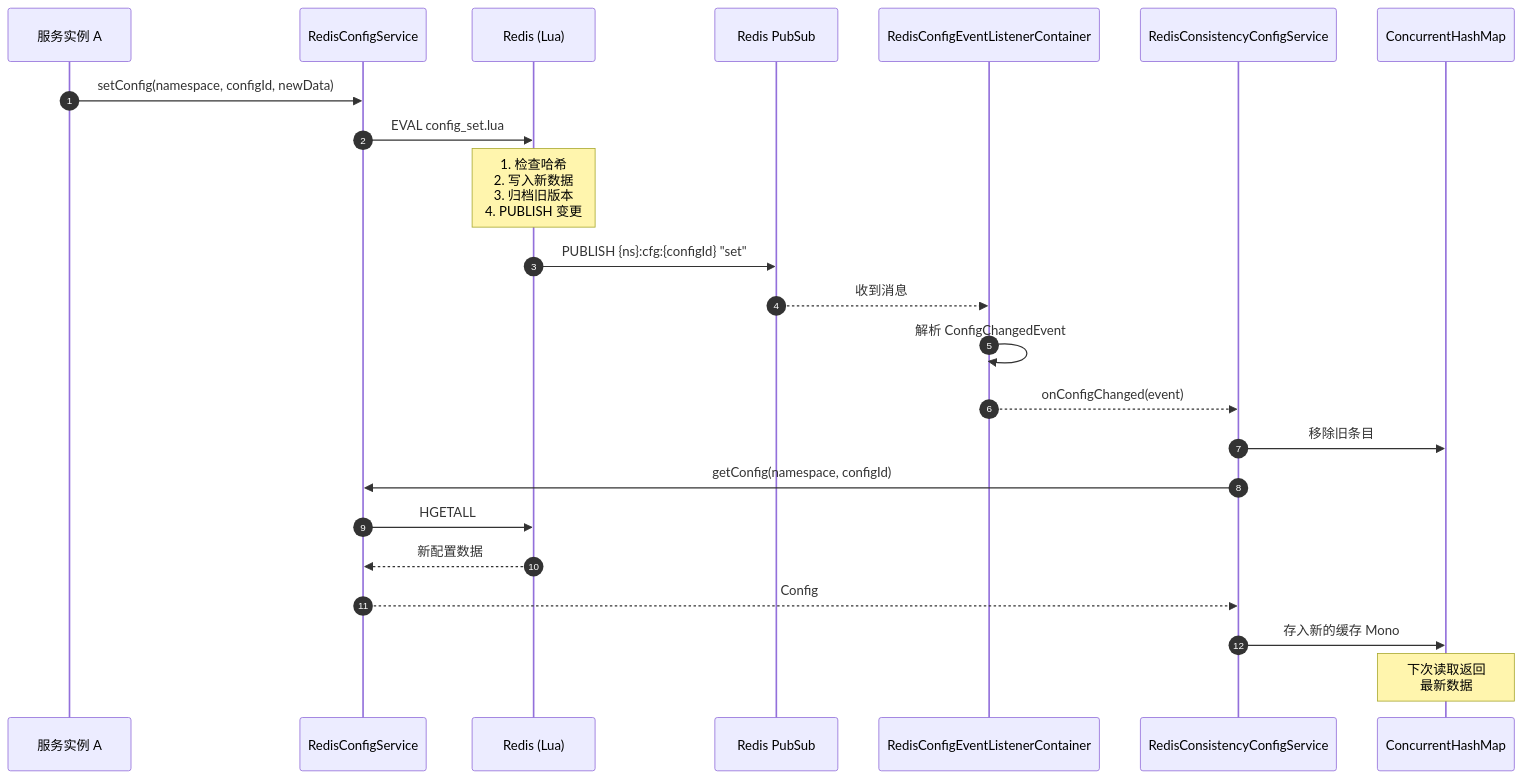
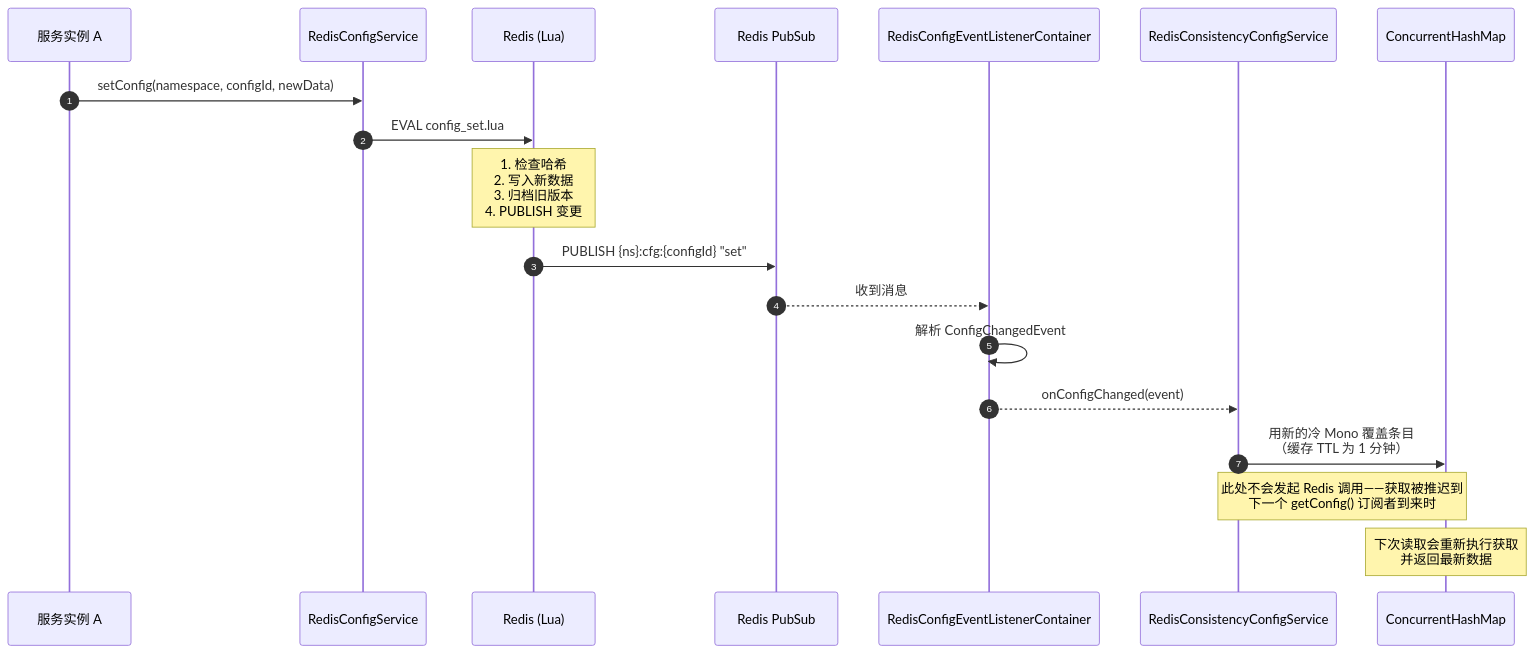
The fourth of 7 diagrams in wiki/zh/guide/config-consistency.md (Ahoo-Wang/CoSky), drawn with Mermaid before and after one commit. The commit also changed other lines of this file and 36 other files, not shown here.

````diff
--- a/wiki/zh/guide/config-consistency.md
+++ b/wiki/zh/guide/config-consistency.md
@@ -141,27 +141,23 @@
 ```mermaid
 sequenceDiagram
     autonumber
     participant Producer as 服务实例 A
     participant RDS as RedisConfigService
     participant Redis as Redis (Lua)
     participant PS as Redis PubSub
     participant Listener as RedisConfigEventListenerContainer
     participant RCS as RedisConsistencyConfigService
     participant Cache as ConcurrentHashMap
 
     Producer->>RDS: setConfig(namespace, configId, newData)
     RDS->>Redis: EVAL config_set.lua
     Note over Redis: 1. 检查哈希<br>2. 写入新数据<br>3. 归档旧版本<br>4. PUBLISH 变更
     Redis->>PS: PUBLISH {ns}:cfg:{configId} "set"
 
     PS-->>Listener: 收到消息
     Listener->>Listener: 解析 ConfigChangedEvent
     Listener-->>RCS: onConfigChanged(event)
-    RCS->>Cache: 移除旧条目
-    RCS->>RDS: getConfig(namespace, configId)
-    RDS->>Redis: HGETALL
-    Redis-->>RDS: 新配置数据
-    RDS-->>RCS: Config
-    RCS->>Cache: 存入新的缓存 Mono
-    Note over Cache: 下次读取返回<br>最新数据
+    RCS->>Cache: 用新的冷 Mono 覆盖条目<br>（缓存 TTL 为 1 分钟）
+    Note over RCS,Cache: 此处不会发起 Redis 调用——获取被推迟到<br>下一个 getConfig() 订阅者到来时
+    Note over Cache: 下次读取会重新执行获取<br>并返回最新数据
 ```
````
